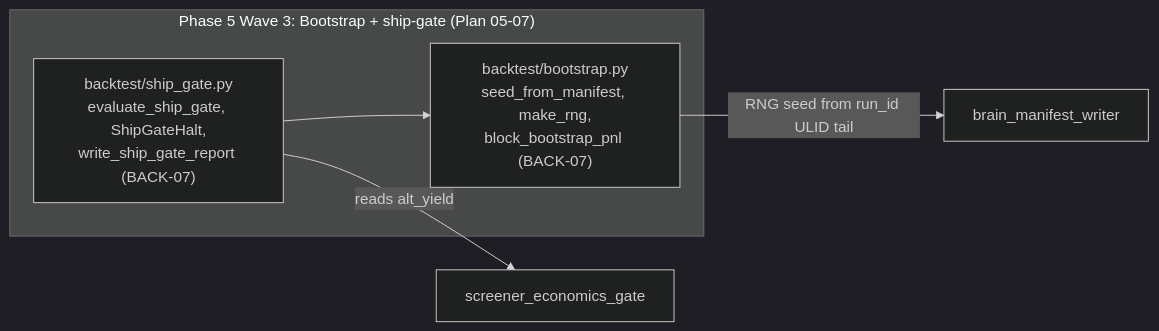
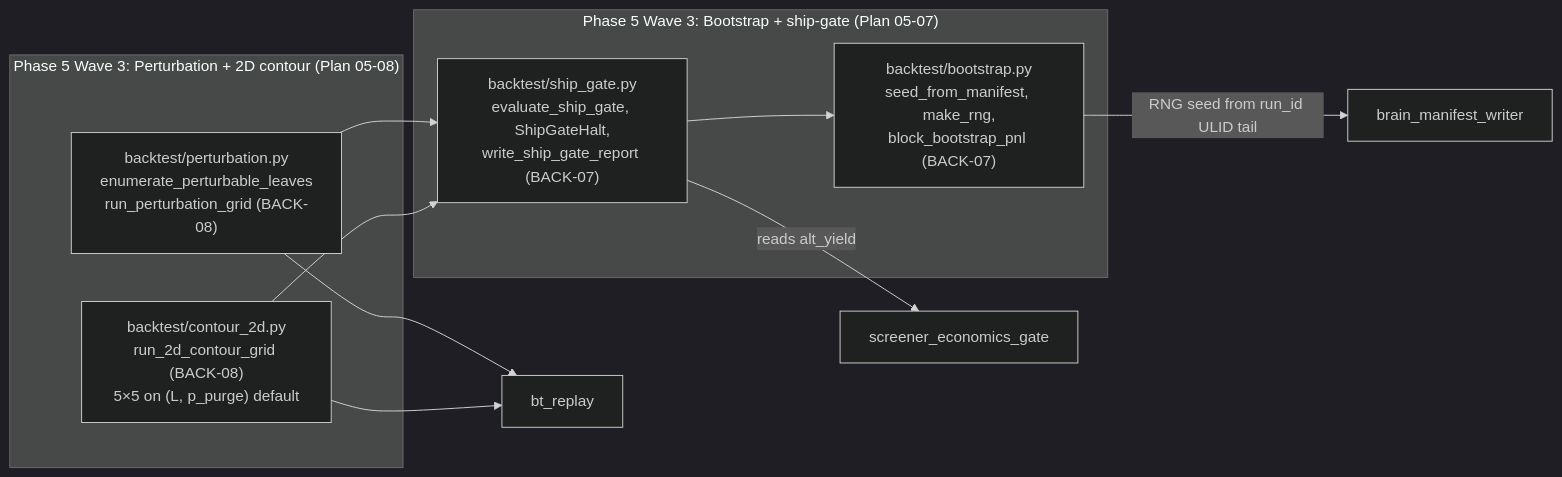
Before and after one commit to atiredbrudda/boros: the eighth of 8 diagrams in docs/ARCHITECTURE.md, drawn with Mermaid (dark theme). The commit also changed other lines of this file and 7 other files, not shown here.

First line of the commit message:
feat(05-08): perturbation.py + contour_2d.py + report extension + BACK-08 tests GREEN

````diff
--- a/docs/ARCHITECTURE.md
+++ b/docs/ARCHITECTURE.md
@@ -746,12 +746,23 @@
 ```mermaid
 flowchart LR
     subgraph phase5_wave3_shipgate["Phase 5 Wave 3: Bootstrap + ship-gate (Plan 05-07)"]
         bt_bootstrap["backtest/bootstrap.py<br/>seed_from_manifest, make_rng,<br/>block_bootstrap_pnl (BACK-07)"]
         bt_ship_gate["backtest/ship_gate.py<br/>evaluate_ship_gate, ShipGateHalt,<br/>write_ship_gate_report (BACK-07)"]
     end
 
     %% Phase 5 Wave 3 ship-gate wiring (Plan 05-07)
     bt_ship_gate --> bt_bootstrap
     bt_bootstrap -- "RNG seed from run_id ULID tail" --> brain_manifest_writer
     bt_ship_gate -- "reads alt_yield" --> screener_economics_gate
+
+    subgraph phase5_wave3_perturbation["Phase 5 Wave 3: Perturbation + 2D contour (Plan 05-08)"]
+        bt_perturbation["backtest/perturbation.py<br/>enumerate_perturbable_leaves<br/>run_perturbation_grid (BACK-08)"]
+        bt_contour_2d["backtest/contour_2d.py<br/>run_2d_contour_grid (BACK-08)<br/>5×5 on (L, p_purge) default"]
+    end
+
+    %% Phase 5 Wave 3 perturbation wiring (Plan 05-08)
+    bt_perturbation --> bt_replay
+    bt_perturbation --> bt_ship_gate
+    bt_contour_2d --> bt_replay
+    bt_contour_2d --> bt_ship_gate
 ```
````
